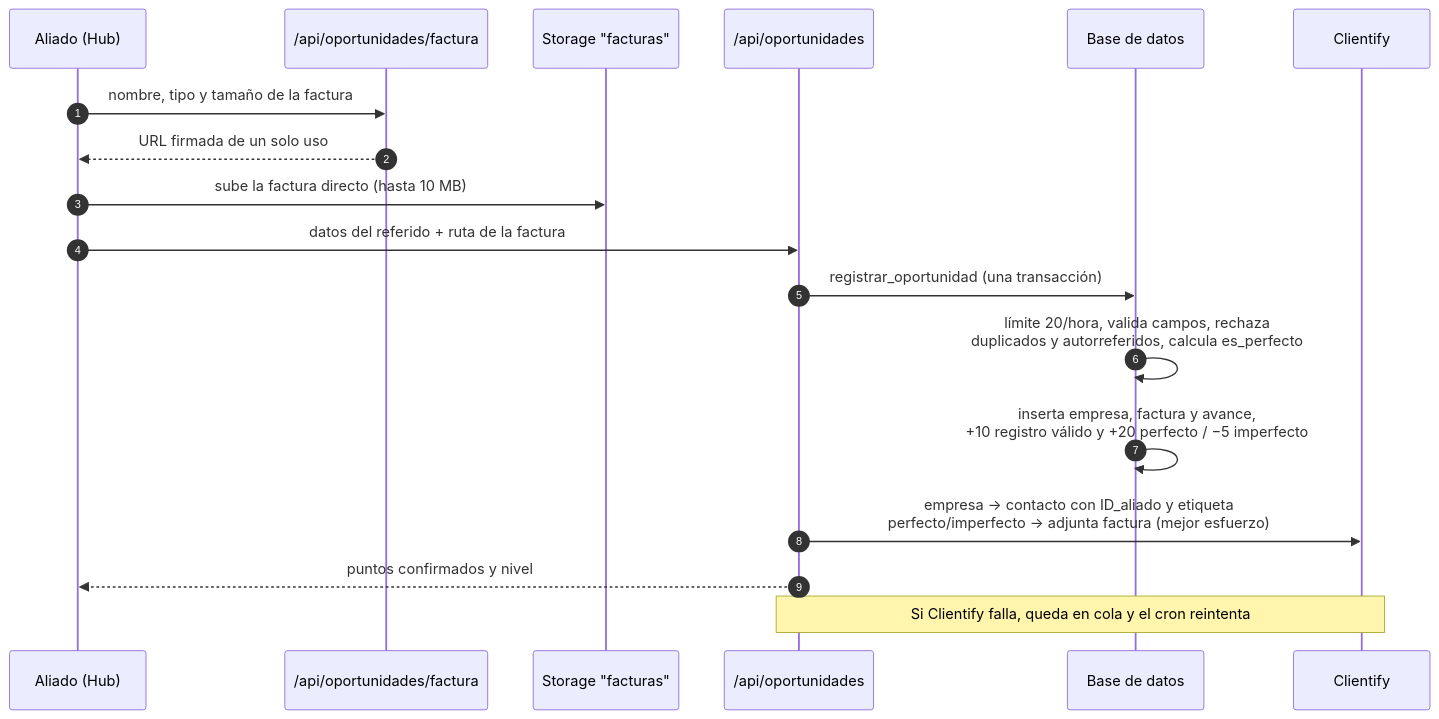
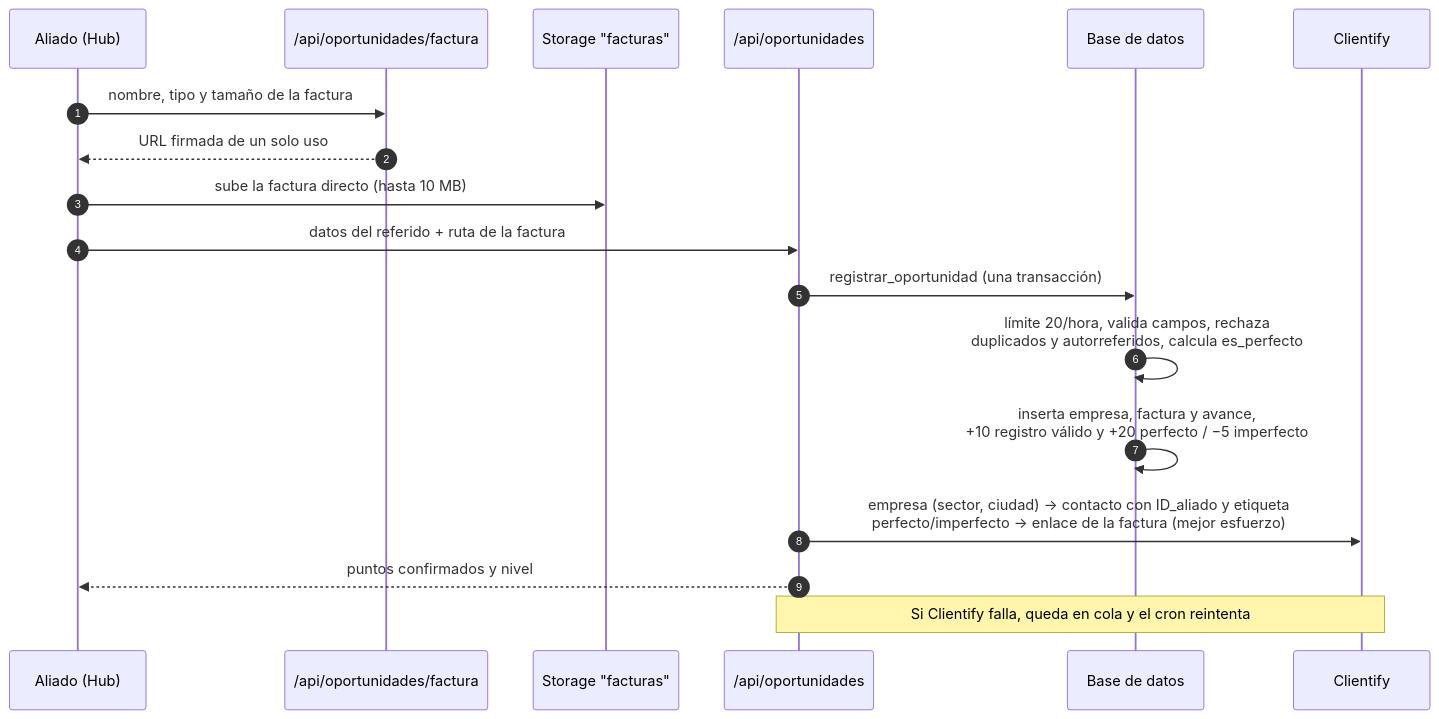
The third of 10 diagrams in docs/GUIA_HUB.md (jmanurodri04-glitch/Aliados-del-sol-hub), drawn with Mermaid before and after one commit. The commit also changed other lines of this file and 6 other files, not shown here.

First line of the commit message:
Flujo B: empresa con sector y ciudad, contacto vinculado por nombre y enlace de la factura

````diff
--- a/docs/GUIA_HUB.md
+++ b/docs/GUIA_HUB.md
@@ -266,20 +266,20 @@
 ```mermaid
 sequenceDiagram
   autonumber
   participant A as Aliado (Hub)
   participant F1 as /api/oportunidades/factura
   participant ST as Storage "facturas"
   participant F2 as /api/oportunidades
   participant DB as Base de datos
   participant CL as Clientify
   A->>F1: nombre, tipo y tamaño de la factura
   F1-->>A: URL firmada de un solo uso
   A->>ST: sube la factura directo (hasta 10 MB)
   A->>F2: datos del referido + ruta de la factura
   F2->>DB: registrar_oportunidad (una transacción)
   DB->>DB: límite 20/hora, valida campos, rechaza<br/>duplicados y autorreferidos, calcula es_perfecto
   DB->>DB: inserta empresa, factura y avance,<br/>+10 registro válido y +20 perfecto / −5 imperfecto
-  F2->>CL: empresa → contacto con ID_aliado y etiqueta<br/>perfecto/imperfecto → adjunta factura (mejor esfuerzo)
+  F2->>CL: empresa (sector, ciudad) → contacto con ID_aliado y etiqueta<br/>perfecto/imperfecto → enlace de la factura (mejor esfuerzo)
   F2-->>A: puntos confirmados y nivel
   Note over F2,CL: Si Clientify falla, queda en cola y el cron reintenta
 ```
````
